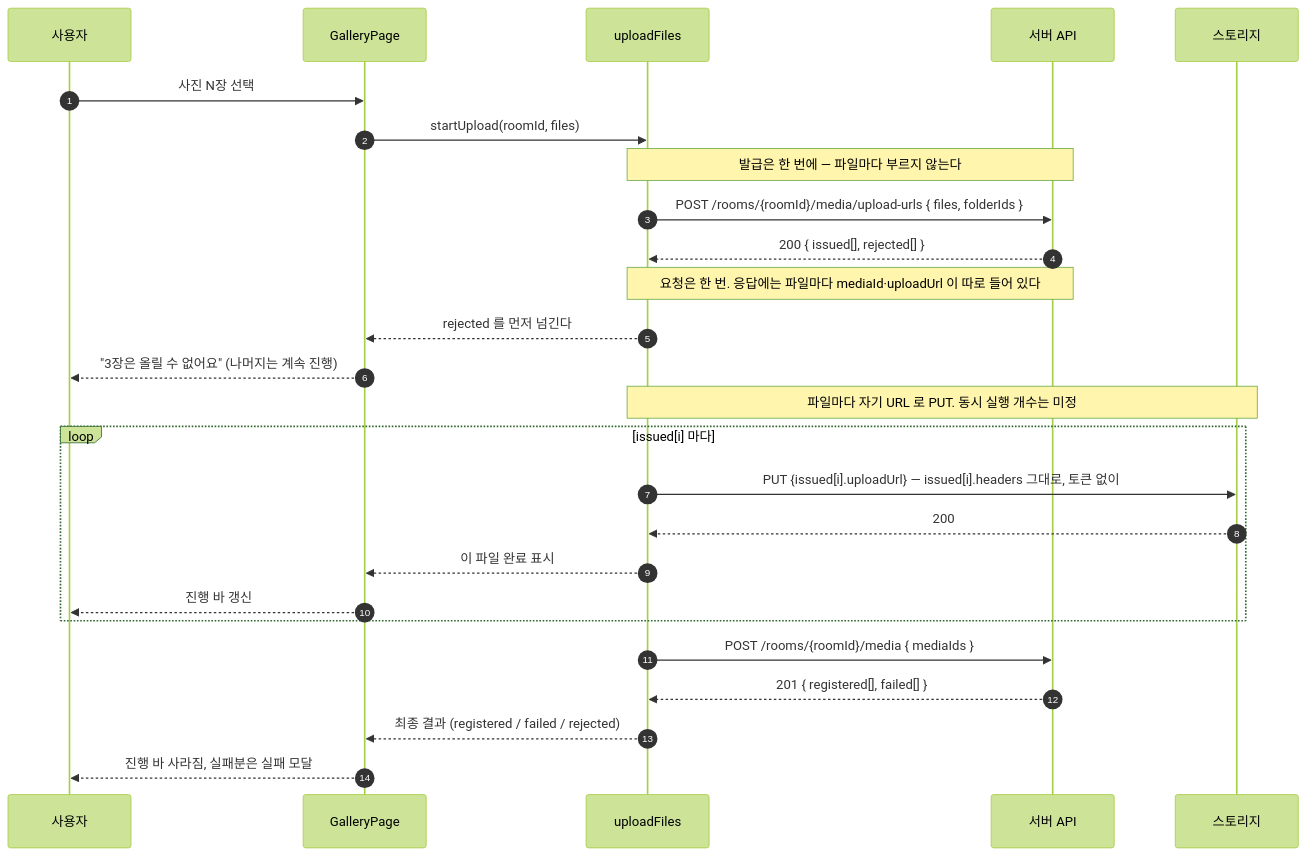
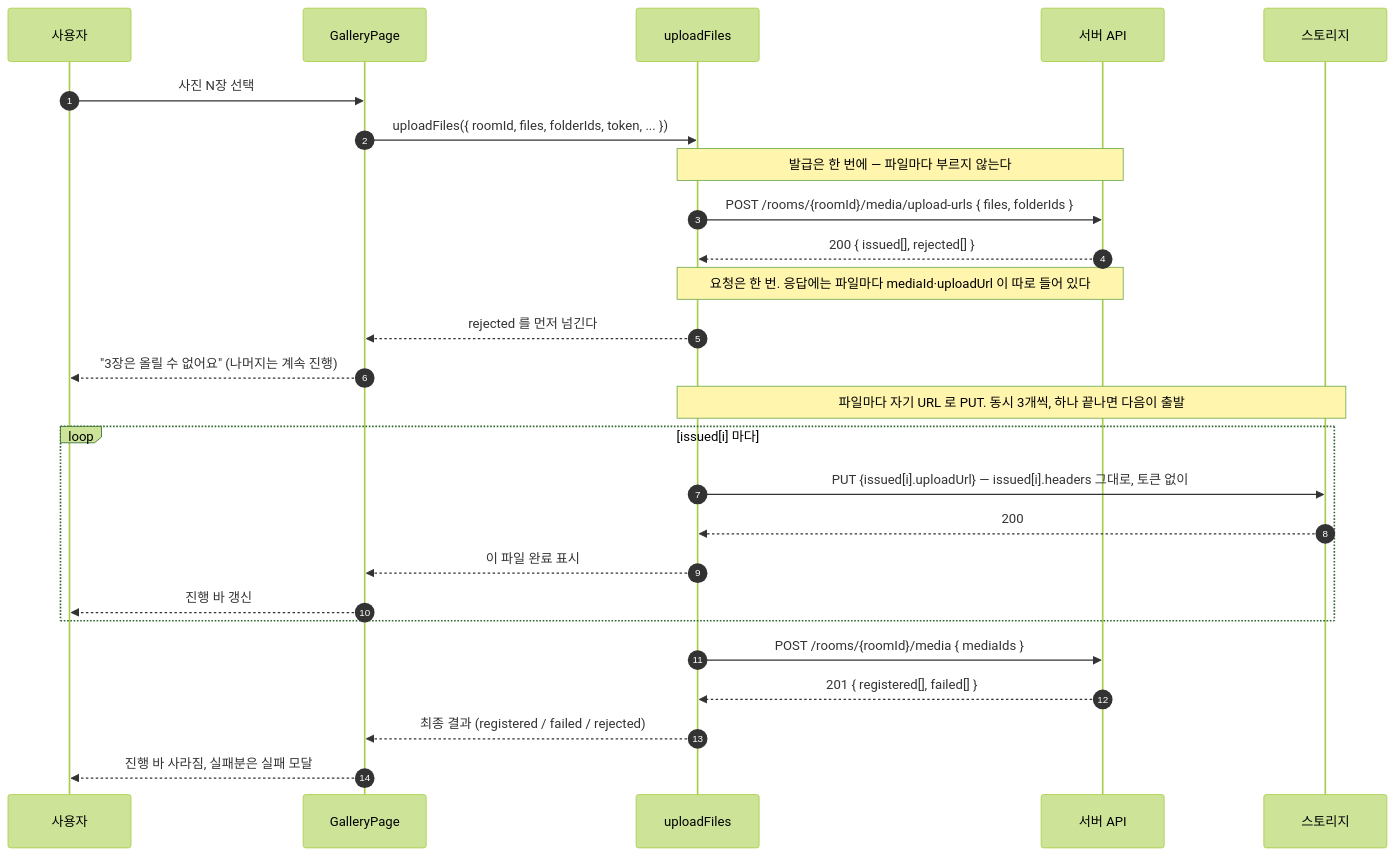
Before and after one commit to woowacourse-teams/2026-sssOK: the first of 3 diagrams in docs/frontend/UPLOAD_FLOW.md, drawn with Mermaid (forest theme). The commit also changed other lines of this file and 2 other files, not shown here.

Commit message:
feat(frontend): putToStorage 함수 및 테스트 추가

````diff
--- a/docs/frontend/UPLOAD_FLOW.md
+++ b/docs/frontend/UPLOAD_FLOW.md
@@ -19,34 +19,34 @@
 ```mermaid
 sequenceDiagram
     autonumber
     participant U as 사용자
     participant G as GalleryPage
     participant Q as uploadFiles
     participant S as 서버 API
     participant R as 스토리지
 
     U->>G: 사진 N장 선택
-    G->>Q: startUpload(roomId, files)
+    G->>Q: uploadFiles({ roomId, files, folderIds, token, ... })
 
     Note over Q,S: 발급은 한 번에 — 파일마다 부르지 않는다
     Q->>S: POST /rooms/{roomId}/media/upload-urls { files, folderIds }
     S-->>Q: 200 { issued[], rejected[] }
     Note over Q,S: 요청은 한 번. 응답에는 파일마다 mediaId·uploadUrl 이 따로 들어 있다
 
     Q-->>G: rejected 를 먼저 넘긴다
     G-->>U: "3장은 올릴 수 없어요" (나머지는 계속 진행)
 
-    Note over Q,R: 파일마다 자기 URL 로 PUT. 동시 실행 개수는 미정
+    Note over Q,R: 파일마다 자기 URL 로 PUT. 동시 3개씩, 하나 끝나면 다음이 출발
     loop issued[i] 마다
         Q->>R: PUT {issued[i].uploadUrl} — issued[i].headers 그대로, 토큰 없이
         R-->>Q: 200
         Q-->>G: 이 파일 완료 표시
         G-->>U: 진행 바 갱신
     end
 
     Q->>S: POST /rooms/{roomId}/media { mediaIds }
     S-->>Q: 201 { registered[], failed[] }
 
     Q-->>G: 최종 결과 (registered / failed / rejected)
     G-->>U: 진행 바 사라짐, 실패분은 실패 모달
 ```
````
